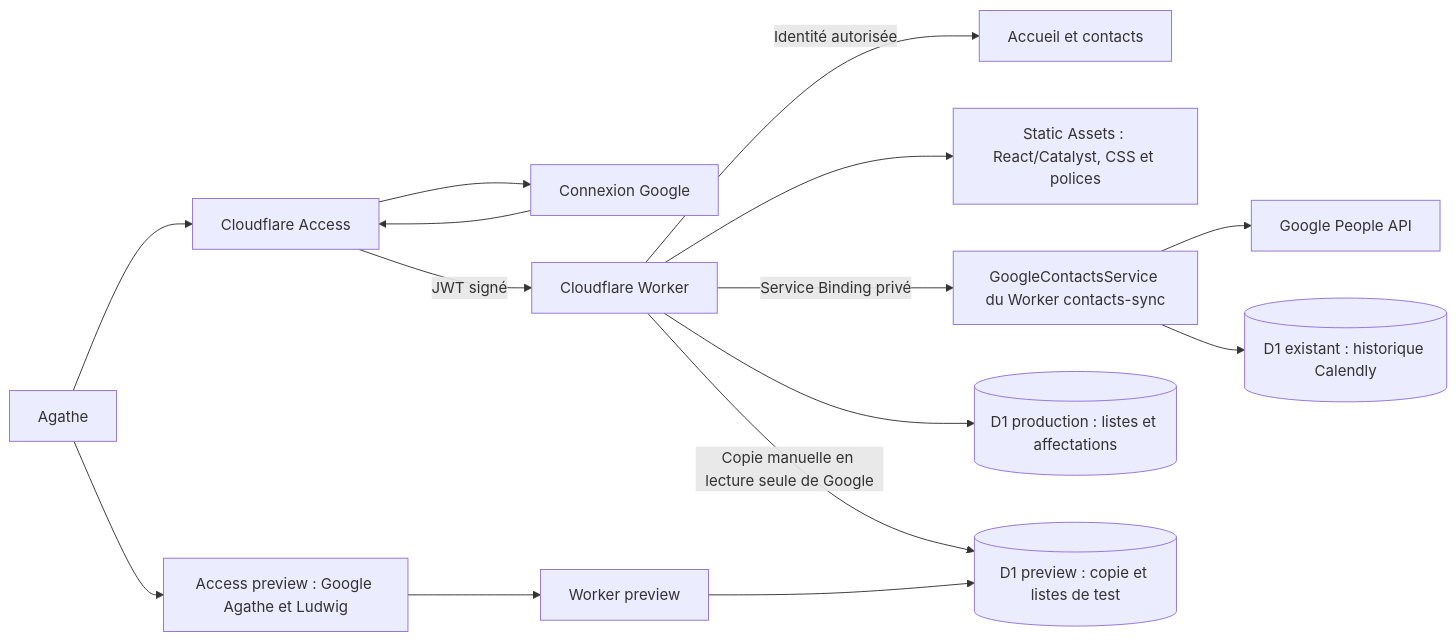
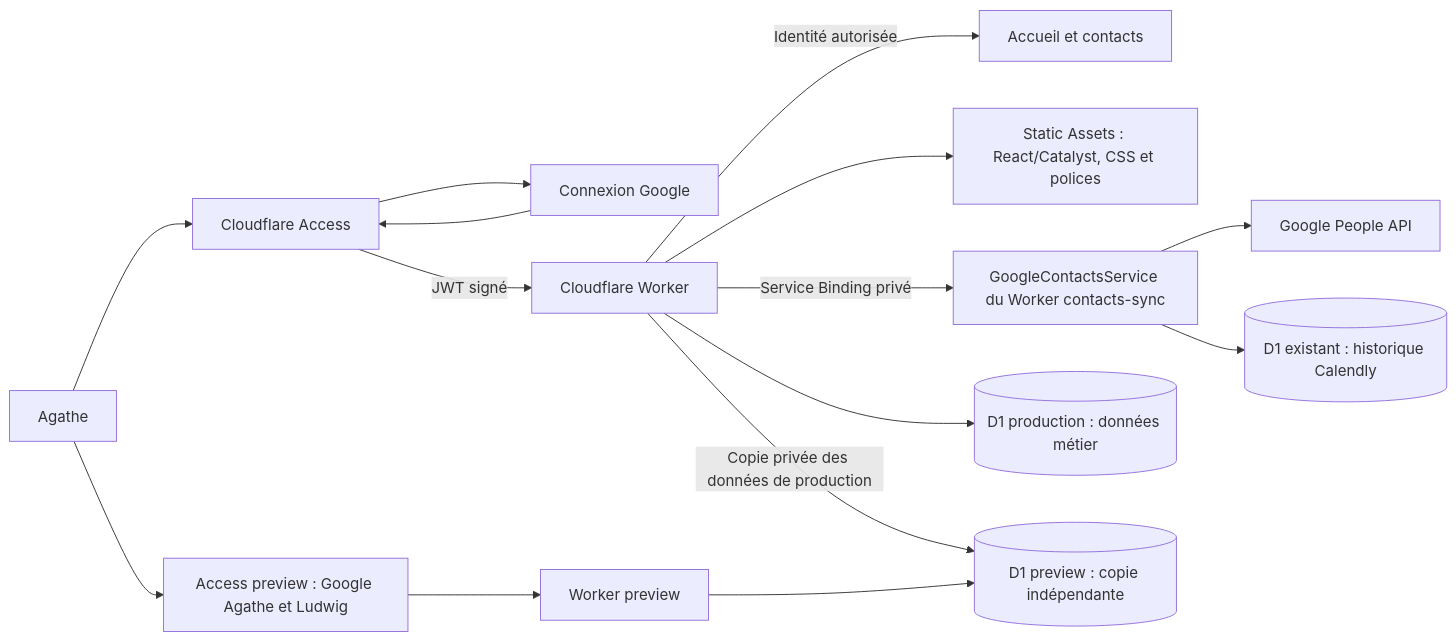
One commit to ludwig-pro/osteopathie-animale-bordeaux-v2 changed the diagram in docs/backoffice-cloudflare.md. Above: the diagram before and after it, drawn with Mermaid. The commit also changed other lines of this file and 60 other files, not shown here.

````diff
--- a/docs/backoffice-cloudflare.md
+++ b/docs/backoffice-cloudflare.md
@@ -17,17 +18,17 @@
 ```mermaid
 flowchart LR
   U[Agathe] --> A[Cloudflare Access]
   A --> G[Connexion Google]
   G --> A
   A -->|JWT signé| W[Cloudflare Worker]
   W -->|Identité autorisée| I[Accueil et contacts]
   W --> S[Static Assets : React/Catalyst, CSS et polices]
   W -->|Service Binding privé| C[GoogleContactsService du Worker contacts-sync]
   C --> P[Google People API]
   C --> B[(D1 existant : historique Calendly)]
-  W --> L[(D1 production : listes et affectations)]
-  W -->|Copie manuelle en lecture seule de Google| PDB[(D1 preview : copie et listes de test)]
+  W --> L[(D1 production : données métier)]
+  W -->|Copie privée des données de production| PDB[(D1 preview : copie indépendante)]
   U --> PA[Access preview : Google Agathe et Ludwig]
   PA --> PW[Worker preview]
   PW --> PDB
 ```
````
